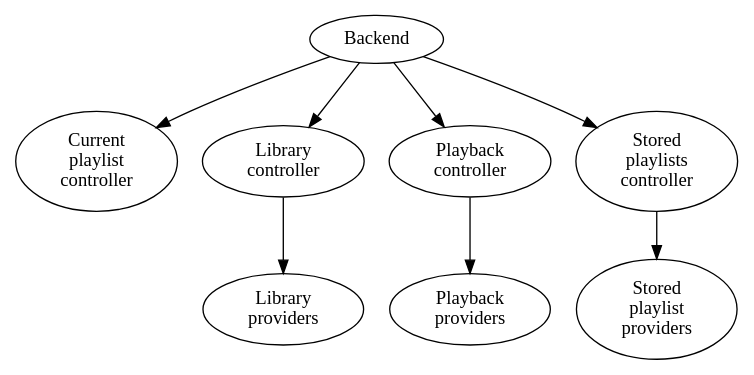
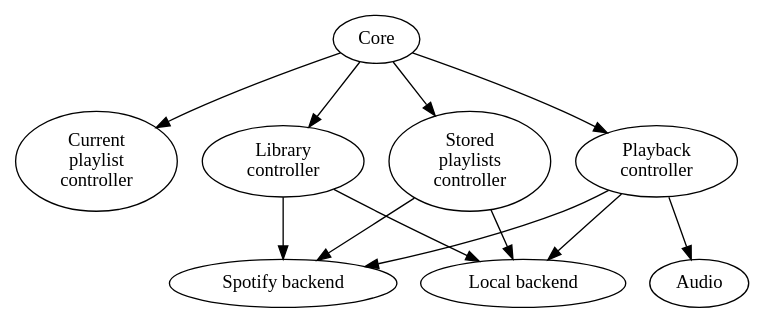
One commit to mopidy/mopidy changed the third of 4 diagrams in docs/api/concepts.rst. Above: the diagram before and after it, drawn with Graphviz. The commit also changed other lines of this file and 1 other file, not shown here.

Commit message:
Update concepts description and graphs

```diff
--- a/docs/api/concepts.rst
+++ b/docs/api/concepts.rst
@@ -21,9 +51,16 @@
-.. digraph:: backend_relations
+.. digraph:: core_architecture
 
-    Backend -> "Current\nplaylist\ncontroller"
-    Backend -> "Library\ncontroller"
-    "Library\ncontroller" -> "Library\nproviders"
-    Backend -> "Playback\ncontroller"
-    "Playback\ncontroller" -> "Playback\nproviders"
-    Backend -> "Stored\nplaylists\ncontroller"
-    "Stored\nplaylists\ncontroller" -> "Stored\nplaylist\nproviders"
+    Core -> "Current\nplaylist\ncontroller"
+    Core -> "Library\ncontroller"
+    Core -> "Playback\ncontroller"
+    Core -> "Stored\nplaylists\ncontroller"
+
+    "Library\ncontroller" -> "Local backend"
+    "Library\ncontroller" -> "Spotify backend"
+
+    "Playback\ncontroller" -> "Local backend"
+    "Playback\ncontroller" -> "Spotify backend"
+    "Playback\ncontroller" -> Audio
+
+    "Stored\nplaylists\ncontroller" -> "Local backend"
+    "Stored\nplaylists\ncontroller" -> "Spotify backend"
```
